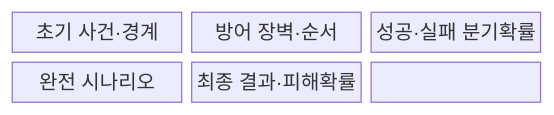
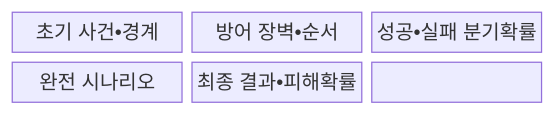
Before and after one commit to agnusdei1207/knowledge-base: the first of 2 diagrams in src/content/docs/notes/06-evaluation/027_event_tree_analysis.md, drawn with Mermaid. The commit also changed other lines of this file and 953 other files, not shown here.

````diff
--- a/src/content/docs/notes/06-evaluation/027_event_tree_analysis.md
+++ b/src/content/docs/notes/06-evaluation/027_event_tree_analysis.md
@@ -66,11 +66,11 @@
 ```mermaid
 block-beta
   columns 3
-  I["초기 사건·경계"]
-  B["방어 장벽·순서"]
-  P["성공·실패 분기확률"]
+  I["초기 사건•경계"]
+  B["방어 장벽•순서"]
+  P["성공•실패 분기확률"]
   S["완전 시나리오"]
-  C["최종 결과·피해확률"]
+  C["최종 결과•피해확률"]
   I --- B --- P
   P --- S --- C
 ```
````
